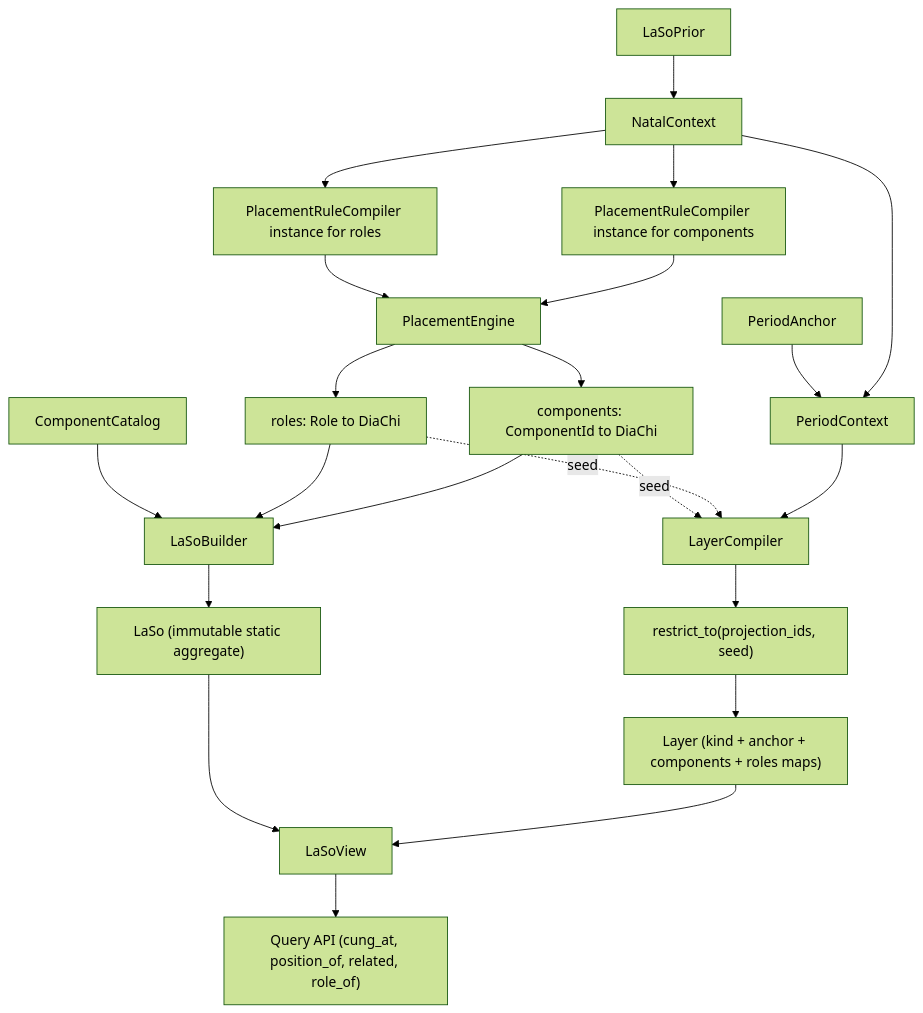
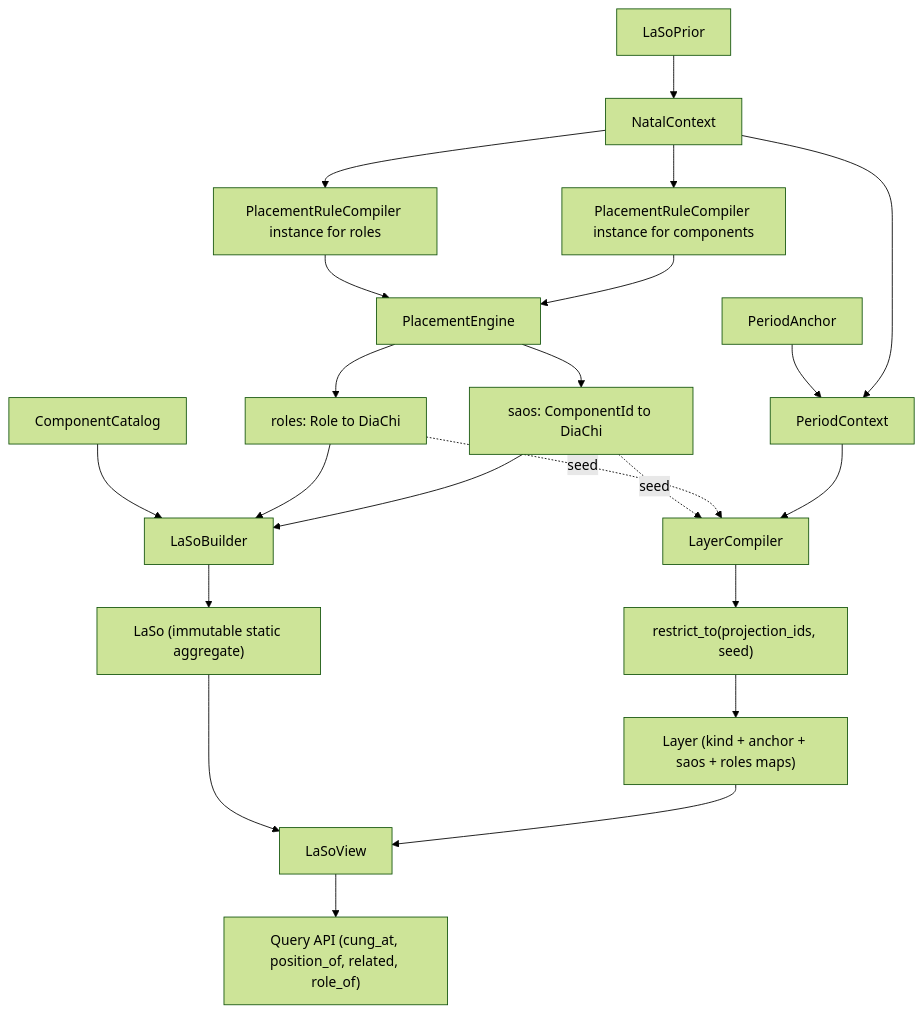
One commit to TrungDinhT/tuviLM changed the diagram in src/refactored/docs/architecture.md. Above: the diagram before and after it, drawn with Mermaid (forest theme). The commit also changed other lines of this file and 7 other files, not shown here.

Commit message:
Plan: Renaming for Components, Sao

````diff
--- a/src/refactored/docs/architecture.md
+++ b/src/refactored/docs/architecture.md
@@ -20,27 +20,27 @@
 ```mermaid
 flowchart TB
     Prior[LaSoPrior] --> Natal[NatalContext]
     Anchor[PeriodAnchor] --> Period[PeriodContext]
     Natal --> Period
     Natal --> RoleCompiler[PlacementRuleCompiler instance for roles]
     Natal --> CompCompiler[PlacementRuleCompiler instance for components]
     RoleCompiler --> Engine[PlacementEngine]
     CompCompiler --> Engine
     Engine --> RolePos["roles: Role to DiaChi"]
-    Engine --> CompPos["components: ComponentId to DiaChi"]
+    Engine --> SaoPos["saos: ComponentId to DiaChi"]
 
     Catalog[ComponentCatalog] --> Builder[LaSoBuilder]
     RolePos --> Builder
-    CompPos --> Builder
+    SaoPos --> Builder
     Builder --> LaSo["LaSo (immutable static aggregate)"]
 
-    CompPos -. seed .-> LayerCompiler
+    SaoPos -. seed .-> LayerCompiler
     RolePos -. seed .-> LayerCompiler
     Period --> LayerCompiler[LayerCompiler]
     LayerCompiler --> Restrict["restrict_to(projection_ids, seed)"]
-    Restrict --> Layer["Layer (kind + anchor + components + roles maps)"]
+    Restrict --> Layer["Layer (kind + anchor + saos + roles maps)"]
 
     LaSo --> View[LaSoView]
     Layer --> View
     View --> Queries["Query API (cung_at, position_of, related, role_of)"]
 ```
````
